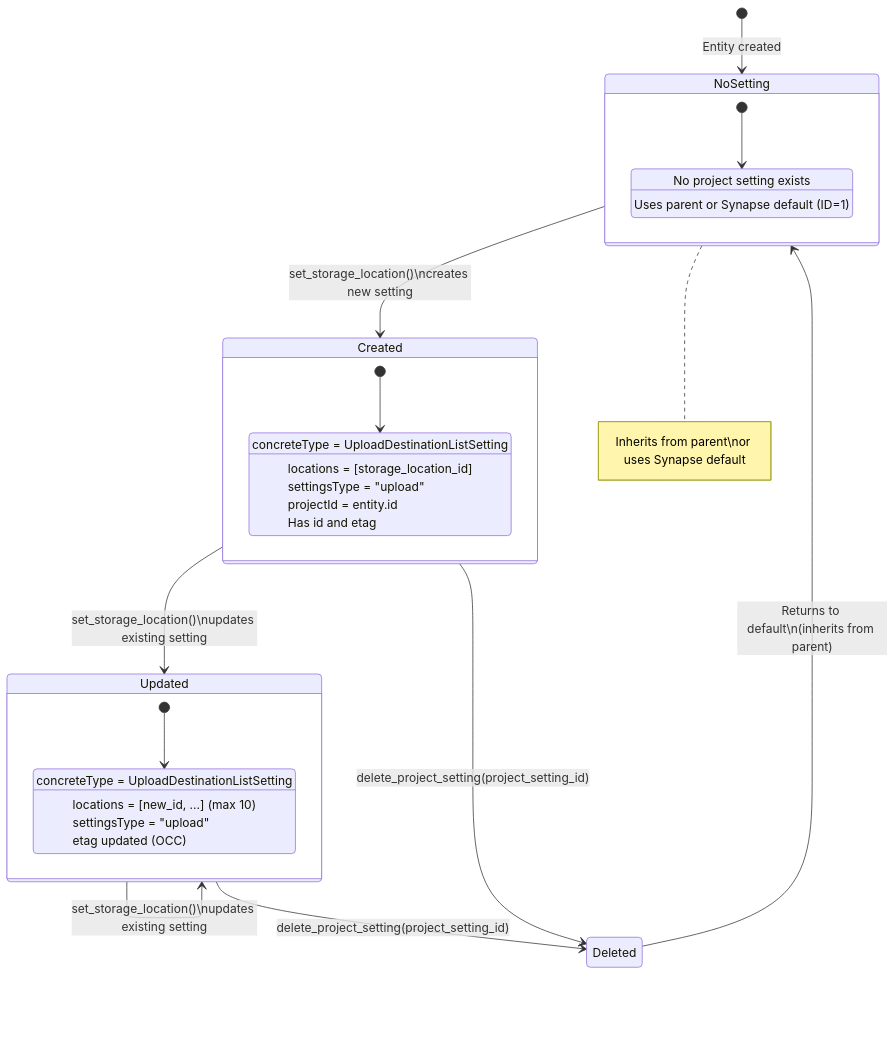
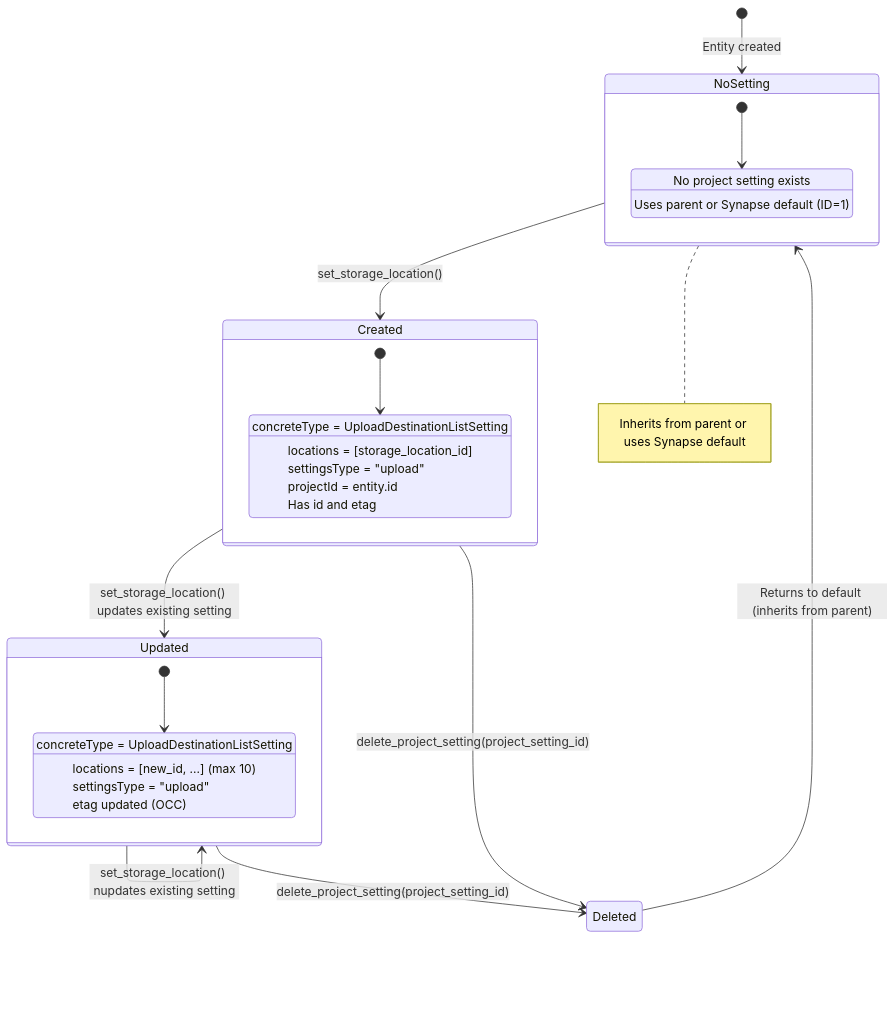
The seventh of 10 diagrams in docs/explanations/storage_location_architecture.md (Sage-Bionetworks/synapsePythonClient), drawn with Mermaid before and after one commit. The commit also changed other lines of this file, not shown here.

Commit message:
remove background color for migration flow

````diff
--- a/docs/explanations/storage_location_architecture.md
+++ b/docs/explanations/storage_location_architecture.md
@@ -512,38 +512,38 @@
 ```mermaid
 stateDiagram-v2
     [*] --> NoSetting: Entity created
 
-    NoSetting --> Created: set_storage_location()\ncreates new setting
-    Note right of NoSetting: Inherits from parent\nor uses Synapse default
+    NoSetting --> Created: set_storage_location()
+    Note right of NoSetting: Inherits from parent or uses Synapse default
 
-    Created --> Updated: set_storage_location()\nupdates existing setting
-    Updated --> Updated: set_storage_location()\nupdates existing setting
+    Created --> Updated: set_storage_location() updates existing setting
+    Updated --> Updated: set_storage_location() nupdates existing setting
 
     Created --> Deleted: delete_project_setting(project_setting_id)
     Updated --> Deleted: delete_project_setting(project_setting_id)
 
-    Deleted --> NoSetting: Returns to default\n(inherits from parent)
+    Deleted --> NoSetting: Returns to default (inherits from parent)
 
     state NoSetting {
         [*] --> Inherited
         Inherited: No project setting exists
         Inherited: Uses parent or Synapse default (ID=1)
     }
 
     state Created {
         [*] --> Active
         Active: concreteType = UploadDestinationListSetting
         Active: locations = [storage_location_id]
         Active: settingsType = "upload"
         Active: projectId = entity.id
         Active: Has id and etag
     }
 
     state Updated {
         [*] --> Modified
         Modified: concreteType = UploadDestinationListSetting
         Modified: locations = [new_id, ...] (max 10)
         Modified: settingsType = "upload"
         Modified: etag updated (OCC)
     }
 ```
````
